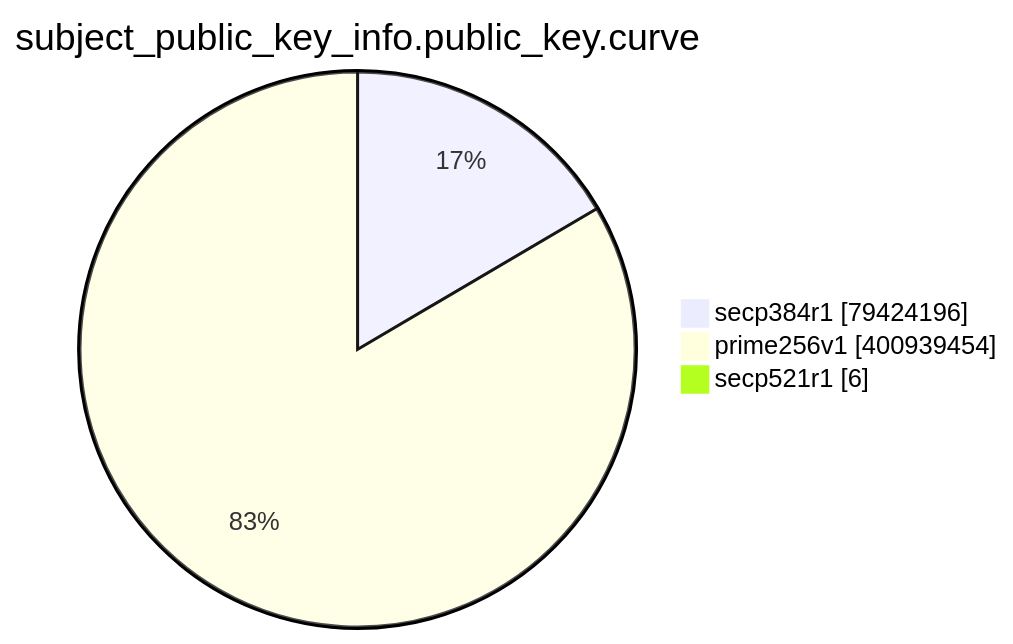
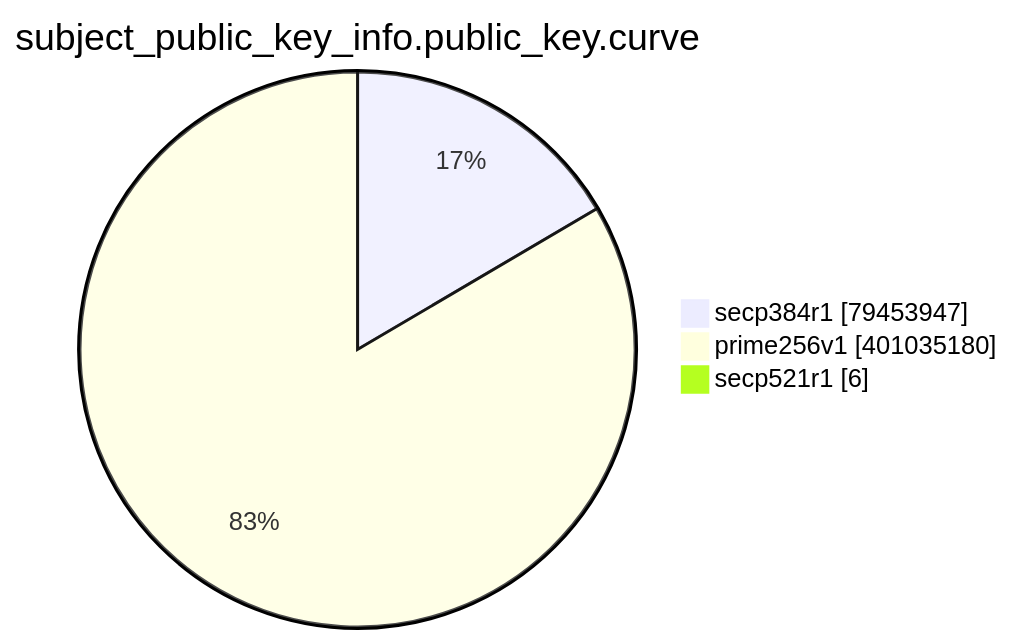
The eighth of 15 diagrams in TOTAL/README.md (christiankrug/ctmonitor_visualization), drawn with Mermaid before and after one commit. The commit also changed other lines of this file, not shown here.

````diff
--- a/TOTAL/README.md
+++ b/TOTAL/README.md
@@ -3095,7 +3095,7 @@
 ```mermaid
 pie showData
 title subject_public_key_info.public_key.curve
-"secp384r1" :79424196
-"prime256v1" :400939454
+"secp384r1" :79453947
+"prime256v1" :401035180
 "secp521r1" :6
 ```
````
